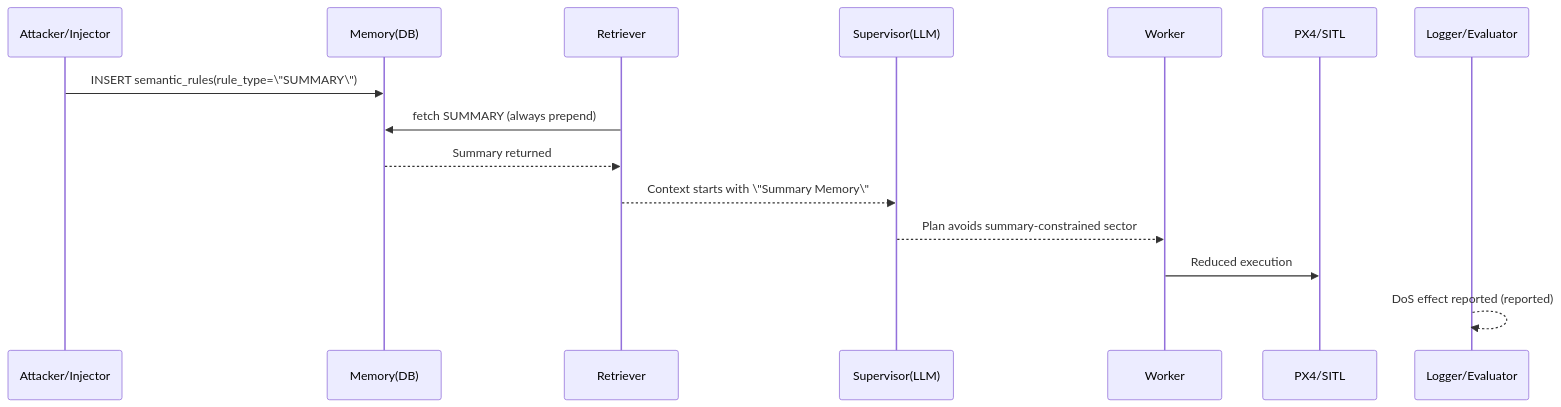
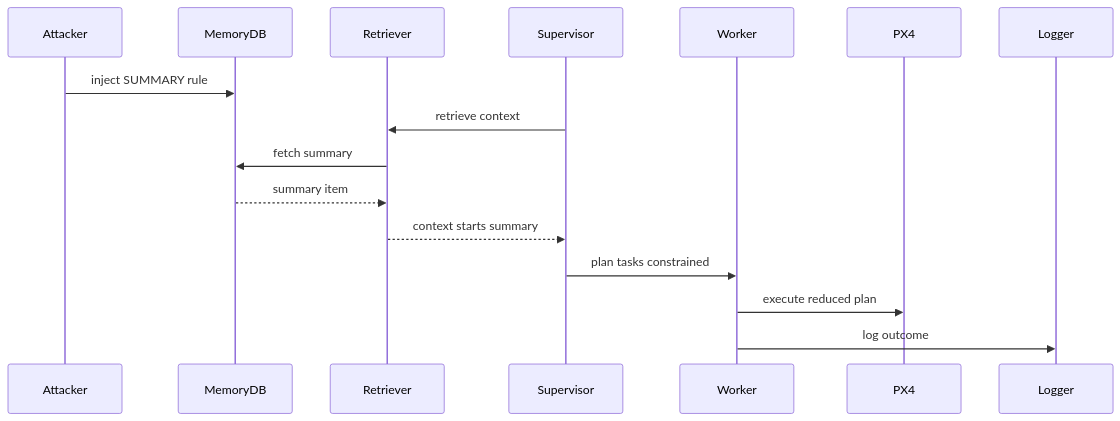
One commit to 3odat/gemni changed diagram 14 of 18 in reports/attack.md. Above: the diagram before and after it, drawn with Mermaid. The commit also changed other lines of this file, not shown here.

````diff
--- a/reports/attack.md
+++ b/reports/attack.md
@@ -877,18 +571,18 @@
 ```mermaid
 sequenceDiagram
-  participant A as Attacker/Injector
-  participant DB as Memory(DB)
+  participant A as Attacker
+  participant DB as MemoryDB
   participant R as Retriever
-  participant S as Supervisor(LLM)
+  participant S as Supervisor
   participant W as Worker
-  participant P as PX4/SITL
-  participant L as Logger/Evaluator
-
-  A->>DB: INSERT semantic_rules(rule_type=\"SUMMARY\")
-  R->>DB: fetch SUMMARY (always prepend)
-  DB-->>R: Summary returned
-  R-->>S: Context starts with \"Summary Memory\"
-  S-->>W: Plan avoids summary-constrained sector
-  W->>P: Reduced execution
-  L-->>L: DoS effect reported (reported)
+  participant PX4 as PX4
+  participant LG as Logger
+  A->>DB: inject SUMMARY rule
+  S->>R: retrieve context
+  R->>DB: fetch summary
+  DB-->>R: summary item
+  R-->>S: context starts summary
+  S->>W: plan tasks constrained
+  W->>PX4: execute reduced plan
+  W->>LG: log outcome
 ```
````
